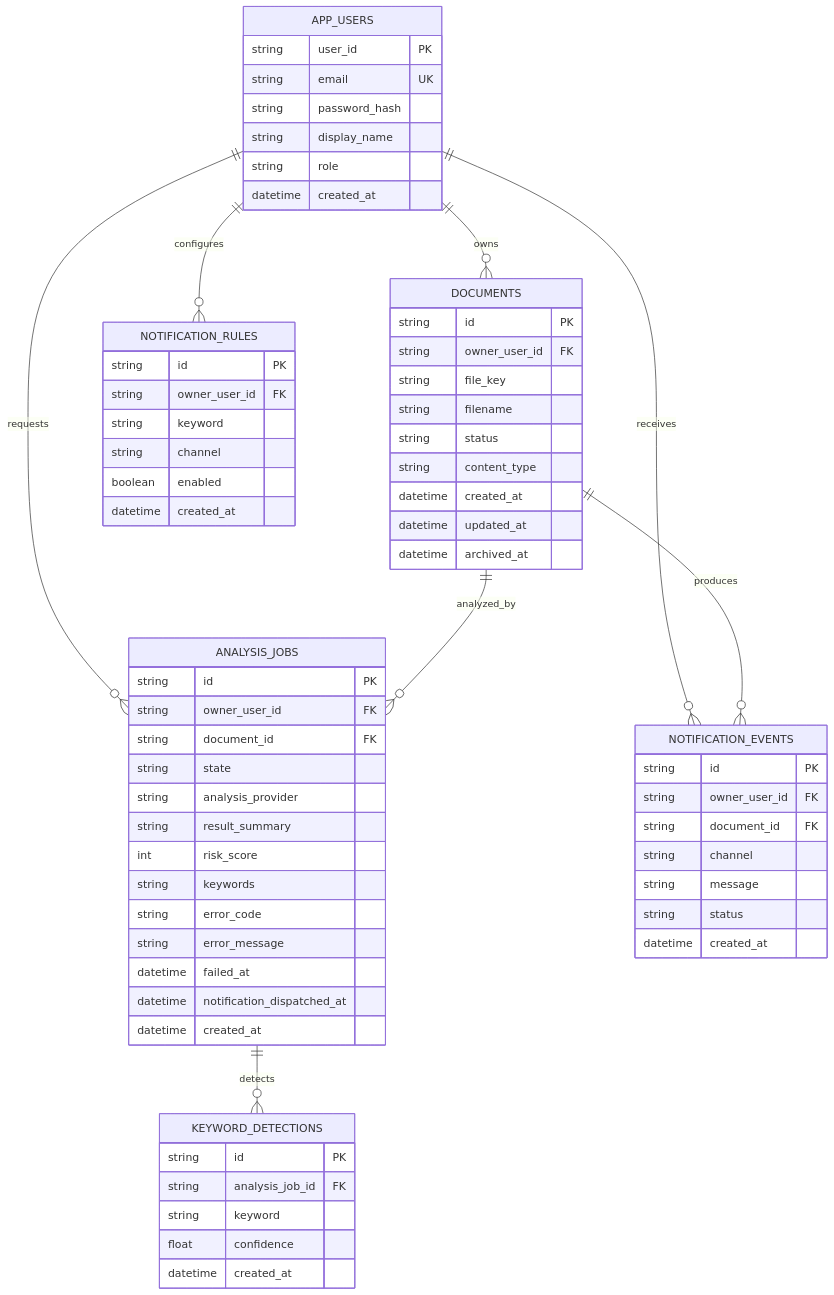
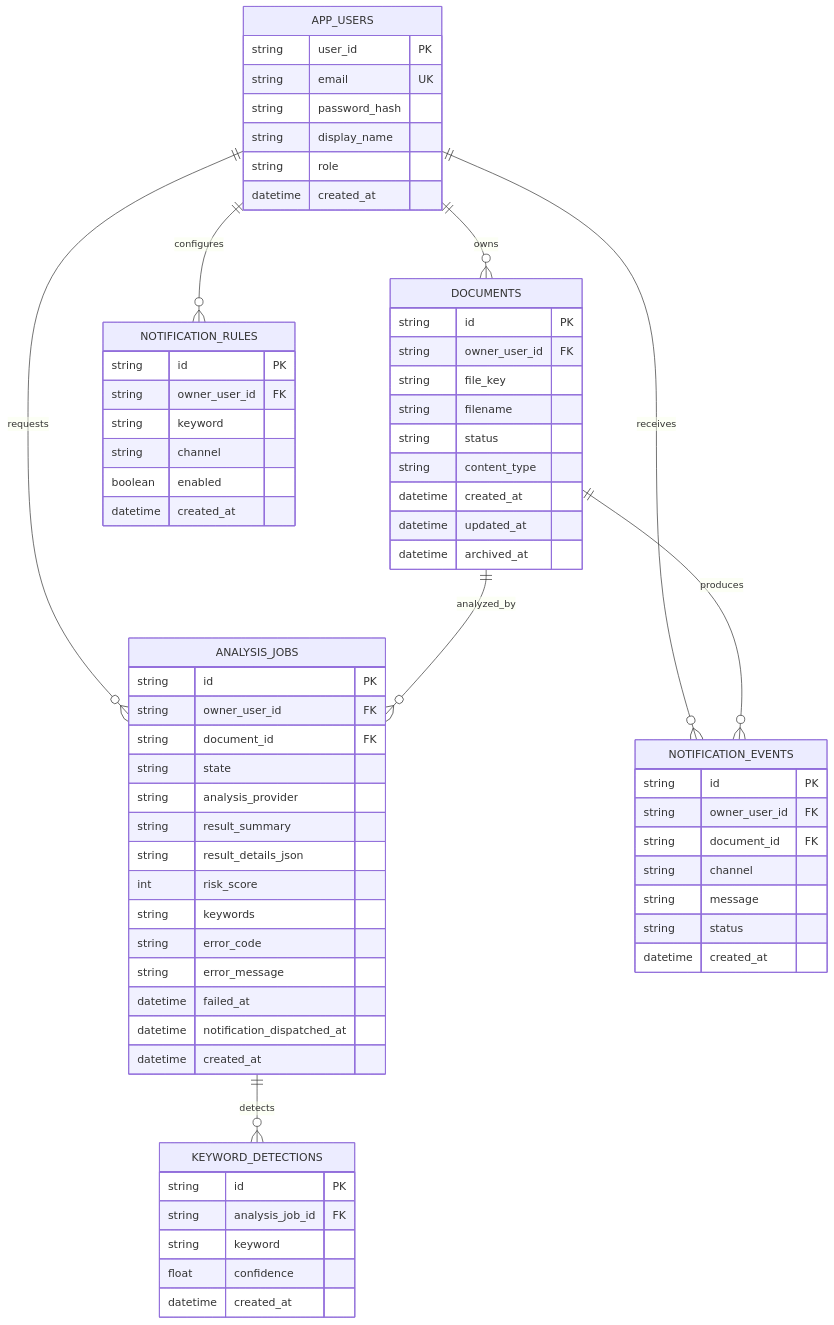
The third of 3 diagrams in README.md (kookm131/SmartDoc_AI), drawn with Mermaid before and after one commit. The commit also changed other lines of this file, not shown here.

````diff
--- a/README.md
+++ b/README.md
@@ -338,74 +354,75 @@
 ```mermaid
 erDiagram
     APP_USERS ||--o{ DOCUMENTS : owns
     APP_USERS ||--o{ ANALYSIS_JOBS : requests
     APP_USERS ||--o{ NOTIFICATION_RULES : configures
     APP_USERS ||--o{ NOTIFICATION_EVENTS : receives
     DOCUMENTS ||--o{ ANALYSIS_JOBS : analyzed_by
     DOCUMENTS ||--o{ NOTIFICATION_EVENTS : produces
     ANALYSIS_JOBS ||--o{ KEYWORD_DETECTIONS : detects
 
     APP_USERS {
         string user_id PK
         string email UK
         string password_hash
         string display_name
         string role
         datetime created_at
     }
 
     DOCUMENTS {
         string id PK
         string owner_user_id FK
         string file_key
         string filename
         string status
         string content_type
         datetime created_at
         datetime updated_at
         datetime archived_at
     }
 
     ANALYSIS_JOBS {
         string id PK
         string owner_user_id FK
         string document_id FK
         string state
         string analysis_provider
         string result_summary
+        string result_details_json
         int risk_score
         string keywords
         string error_code
         string error_message
         datetime failed_at
         datetime notification_dispatched_at
         datetime created_at
     }
 
     KEYWORD_DETECTIONS {
         string id PK
         string analysis_job_id FK
         string keyword
         float confidence
         datetime created_at
     }
 
     NOTIFICATION_RULES {
         string id PK
         string owner_user_id FK
         string keyword
         string channel
         boolean enabled
         datetime created_at
     }
 
     NOTIFICATION_EVENTS {
         string id PK
         string owner_user_id FK
         string document_id FK
         string channel
         string message
         string status
         datetime created_at
     }
 ```
````
